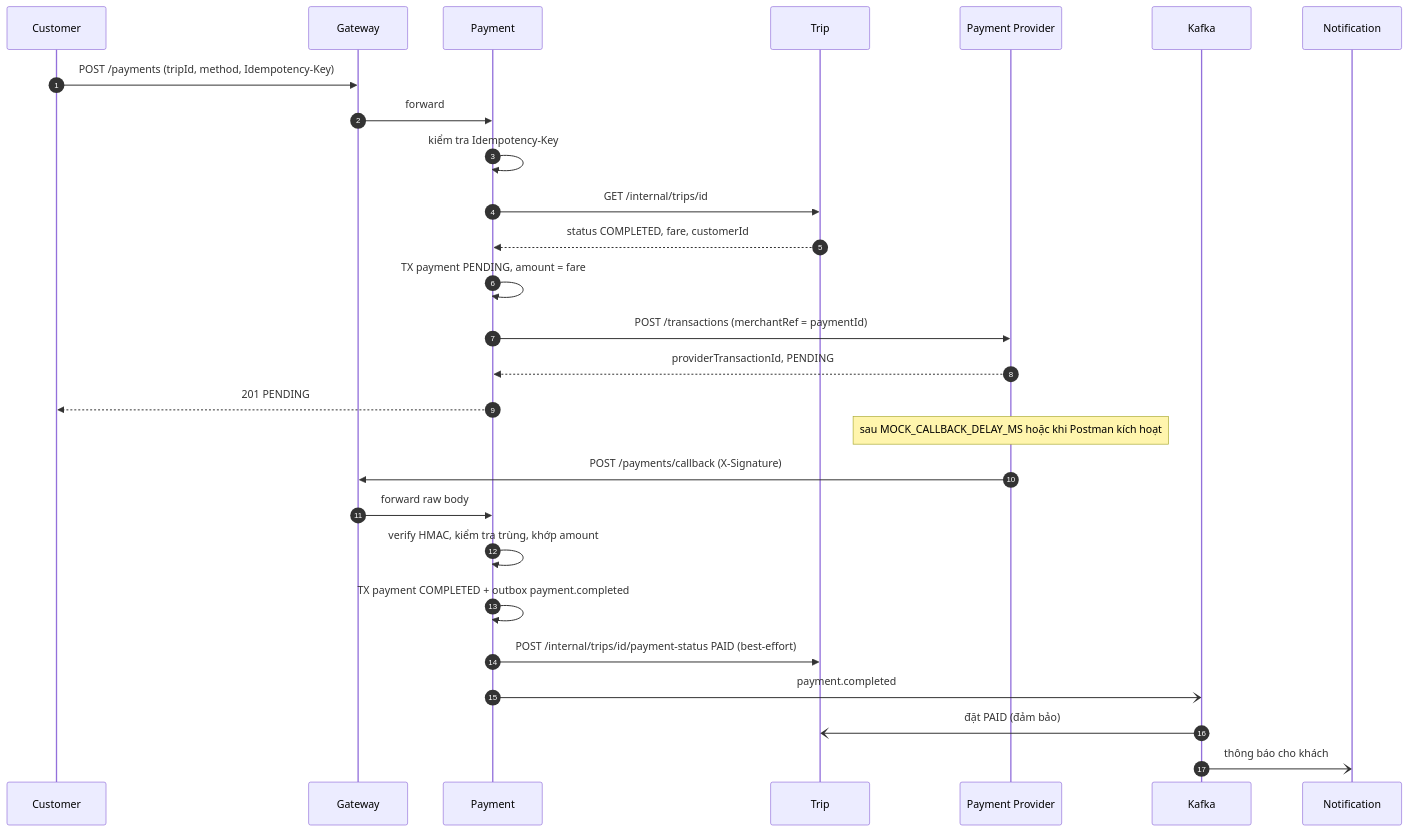
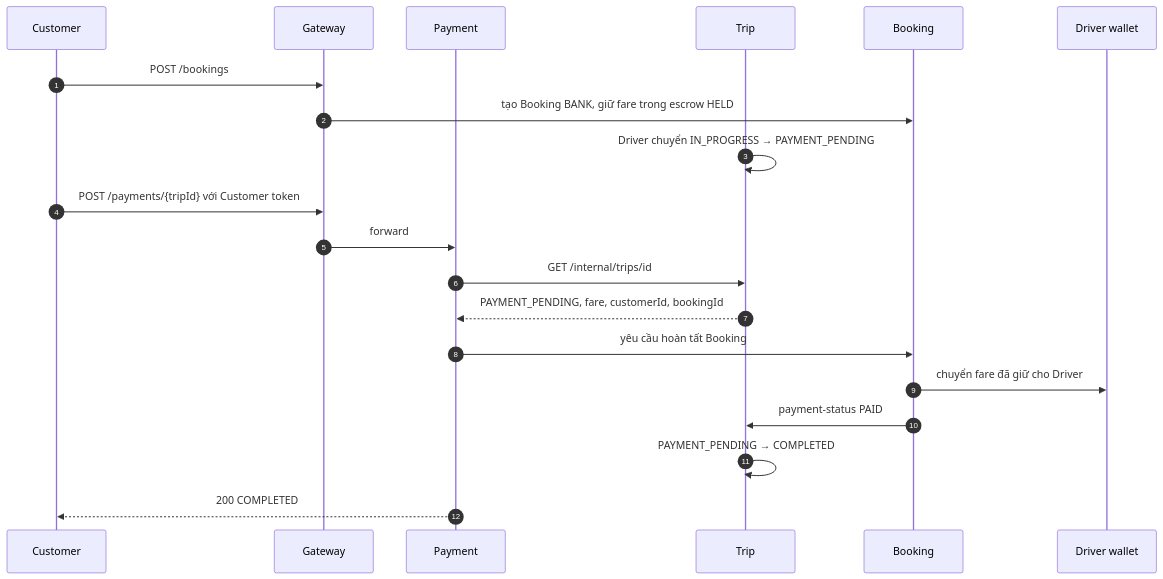
The fifth of 12 diagrams in microservice_design.md (vthaix/23674231_TranVanThai_Cabsystem), drawn with Mermaid before and after one commit. The commit also changed other lines of this file and 6 other files, not shown here.

````diff
--- a/microservice_design.md
+++ b/microservice_design.md
@@ -680,29 +681,22 @@
 ```mermaid
 sequenceDiagram
     autonumber
     participant C as Customer
     participant GW as Gateway
     participant PY as Payment
     participant TR as Trip
-    participant PP as Payment Provider
-    participant KF as Kafka
-    participant NT as Notification
-    C->>GW: POST /payments (tripId, method, Idempotency-Key)
+    participant BK as Booking
+    participant DR as Driver wallet
+    C->>GW: POST /bookings
+    GW->>BK: tạo Booking BANK, giữ fare trong escrow HELD
+    TR->>TR: Driver chuyển IN_PROGRESS → PAYMENT_PENDING
+    C->>GW: POST /payments/{tripId} với Customer token
     GW->>PY: forward
-    PY->>PY: kiểm tra Idempotency-Key
     PY->>TR: GET /internal/trips/id
-    TR-->>PY: status COMPLETED, fare, customerId
-    PY->>PY: TX payment PENDING, amount = fare
-    PY->>PP: POST /transactions (merchantRef = paymentId)
-    PP-->>PY: providerTransactionId, PENDING
-    PY-->>C: 201 PENDING
-    Note over PP: sau MOCK_CALLBACK_DELAY_MS hoặc khi Postman kích hoạt
-    PP->>GW: POST /payments/callback (X-Signature)
-    GW->>PY: forward raw body
-    PY->>PY: verify HMAC, kiểm tra trùng, khớp amount
-    PY->>PY: TX payment COMPLETED + outbox payment.completed
-    PY->>TR: POST /internal/trips/id/payment-status PAID (best-effort)
-    PY-)KF: payment.completed
-    KF-)TR: đặt PAID (đảm bảo)
-    KF-)NT: thông báo cho khách
+    TR-->>PY: PAYMENT_PENDING, fare, customerId, bookingId
+    PY->>BK: yêu cầu hoàn tất Booking
+    BK->>DR: chuyển fare đã giữ cho Driver
+    BK->>TR: payment-status PAID
+    TR->>TR: PAYMENT_PENDING → COMPLETED
+    PY-->>C: 200 COMPLETED
 ```
````
